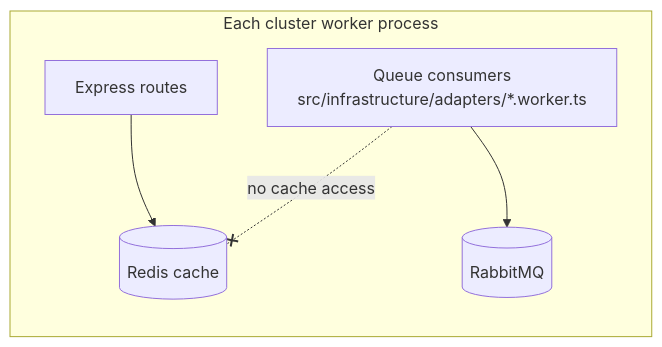
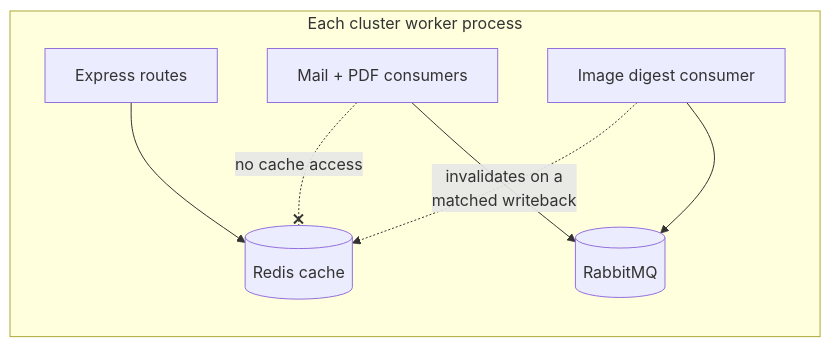
The fourth of 4 diagrams in docs/tools/redis-cache.md (Guebbit/boilerplate-node-backend), drawn with Mermaid before and after one commit. The commit also changed other lines of this file and 2 other files, not shown here.

First line of the commit message:
test(images,cache): cover the writeback cache-invalidation fix, fix stale docs

````diff
--- a/docs/tools/redis-cache.md
+++ b/docs/tools/redis-cache.md
@@ -235,8 +235,10 @@
 ```mermaid
 flowchart LR
     subgraph W["Each cluster worker process"]
         E["Express routes"] --> Cache[("Redis cache")]
-        Q["Queue consumers<br/>src/infrastructure/adapters/*.worker.ts"] --> Rabbit[("RabbitMQ")]
+        Q["Mail + PDF consumers"] --> Rabbit[("RabbitMQ")]
+        I["Image digest consumer"] --> Rabbit
+        I -. invalidates on a<br/>matched writeback .-> Cache
     end
     Q -. no cache access .-x Cache
 ```
````
